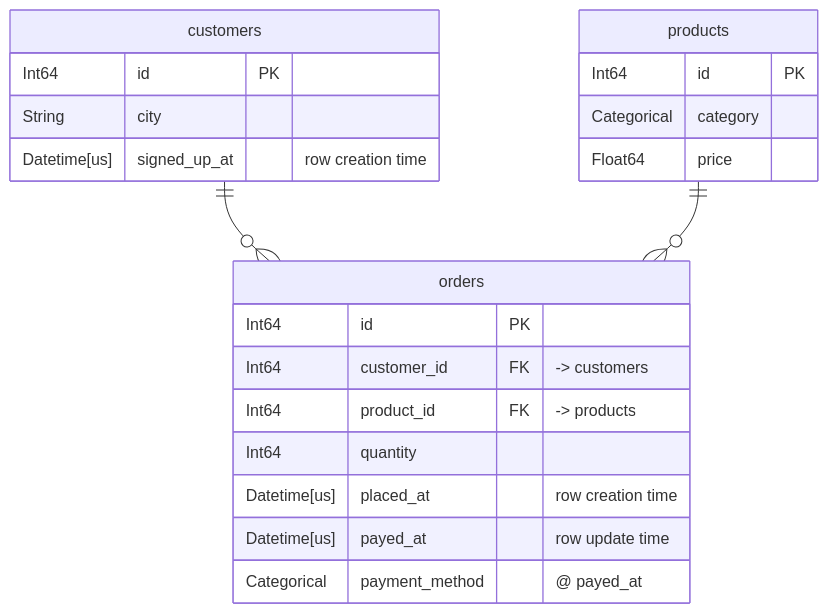
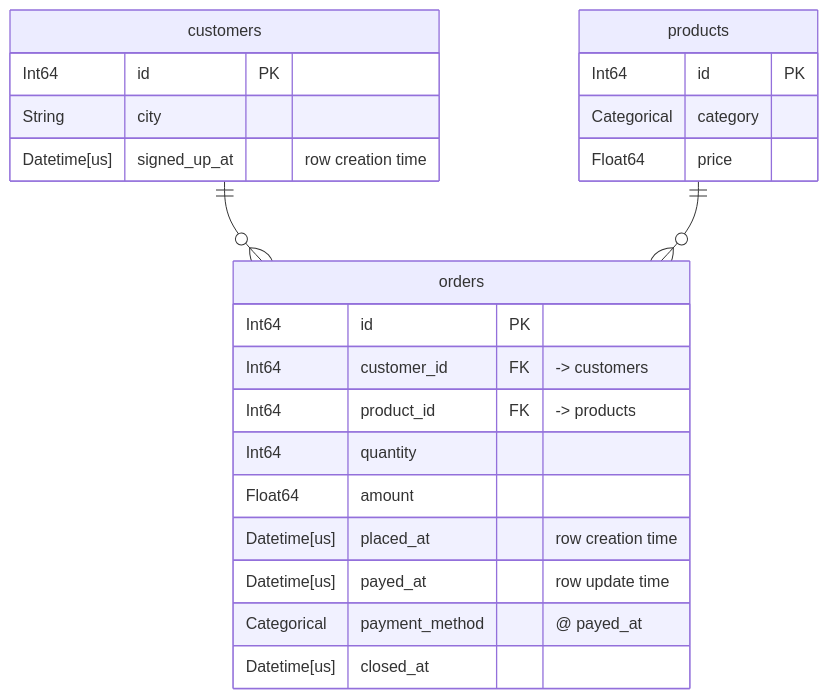
The diagram in README.md (Excidion/tusk), drawn with Mermaid before and after one commit. The commit also changed 1 other file, not shown here.

Commit message:
docs: remove false ownership-transfer narrative, sync README schema
The "What a clause scopes" worked example claimed some of car 1's
repairs predate customer 2's ownership, which the fixture does not
support -- cars.customer_id is static and every repair postdates
bought_at. Also add the amount/closed_at columns the Usage section's
where/when clauses reference to the README's schema diagram.

Claude-Session: https://claude.ai/code/session_01ShKEiY8CQXmSeCazYMSVP3

````diff
--- a/README.md
+++ b/README.md
@@ -83,24 +83,26 @@
 ```mermaid
 erDiagram
   "customers" {
     Int64 id PK
     String city
     Datetime[us] signed_up_at "row creation time"
   }
   "products" {
     Int64 id PK
     Categorical category
     Float64 price
   }
   "orders" {
     Int64 id PK
     Int64 customer_id FK "-> customers"
     Int64 product_id FK "-> products"
     Int64 quantity
+    Float64 amount
     Datetime[us] placed_at "row creation time"
     Datetime[us] payed_at "row update time"
     Categorical payment_method "@ payed_at"
+    Datetime[us] closed_at
   }
   "customers" 1 to 0+ "orders" : ""
   "products" 1 to 0+ "orders" : ""
 ```
````
